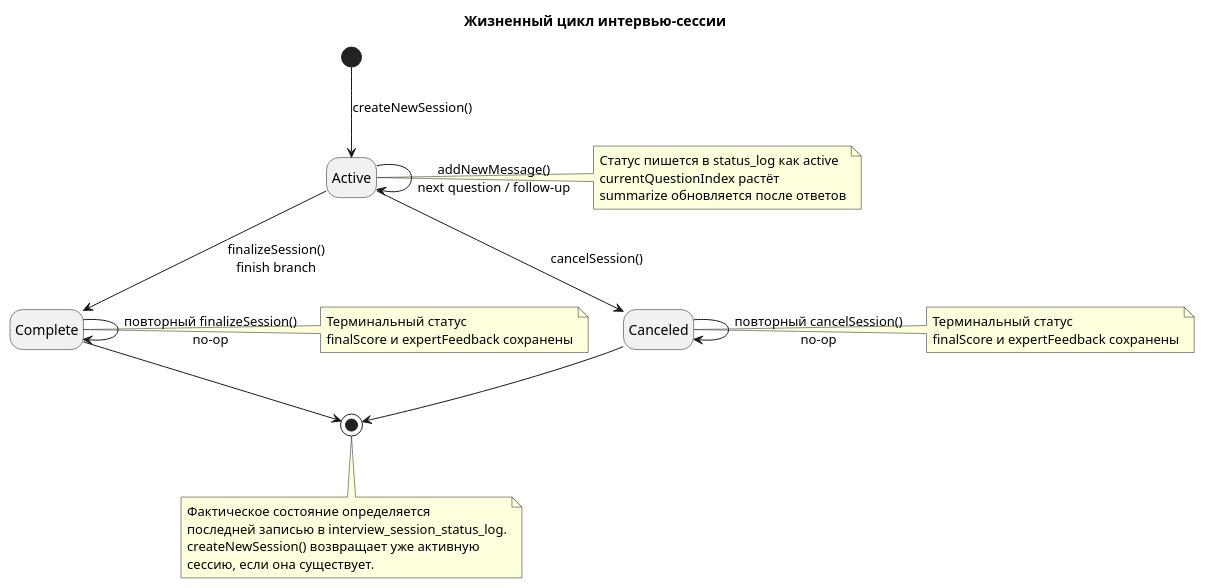
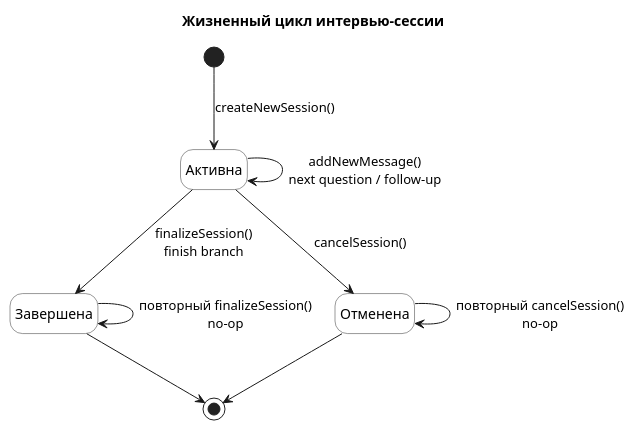
The diagram in docs/state/02_interview_session_lifecycle.puml (nifle3/diplom_work), drawn with PlantUML before and after one commit. The commit also changed 3 other files, not shown here.

```diff
--- a/docs/state/02_interview_session_lifecycle.puml
+++ b/docs/state/02_interview_session_lifecycle.puml
@@ -1,47 +1,28 @@
 @startuml 02_interview_session_lifecycle
 title Жизненный цикл интервью-сессии
 
 hide empty description
+skinparam state {
+  BackgroundColor White
+  BorderColor #333333
+}
 
 [*] --> Active : createNewSession()
 
-state Active
-
-note right of Active
-  Статус пишется в status_log как active
-  currentQuestionIndex растёт
-  summarize обновляется после ответов
-end note
+state "Активна" as Active
 
 Active --> Active : addNewMessage()\nnext question / follow-up
 Active --> Complete : finalizeSession()\nfinish branch
 Active --> Canceled : cancelSession()
 
-state Complete
+state "Завершена" as Complete
 
-note right of Complete
-  Терминальный статус
-  finalScore и expertFeedback сохранены
-end note
-
-state Canceled
-
-note right of Canceled
-  Терминальный статус
-  finalScore и expertFeedback сохранены
-end note
+state "Отменена" as Canceled
 
 Complete --> Complete : повторный finalizeSession()\nno-op
 Canceled --> Canceled : повторный cancelSession()\nno-op
 
 Complete --> [*]
 Canceled --> [*]
 
-note bottom
-  Фактическое состояние определяется
-  последней записью в interview_session_status_log.
-  createNewSession() возвращает уже активную
-  сессию, если она существует.
-end note
-
 @enduml
```
